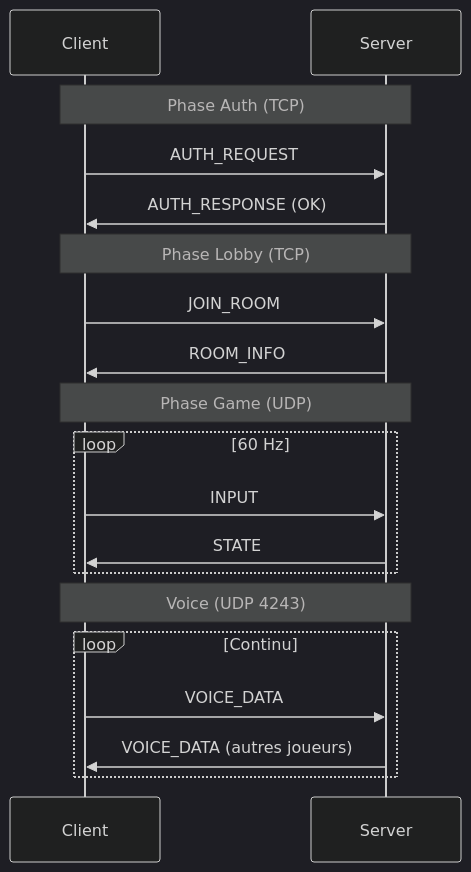
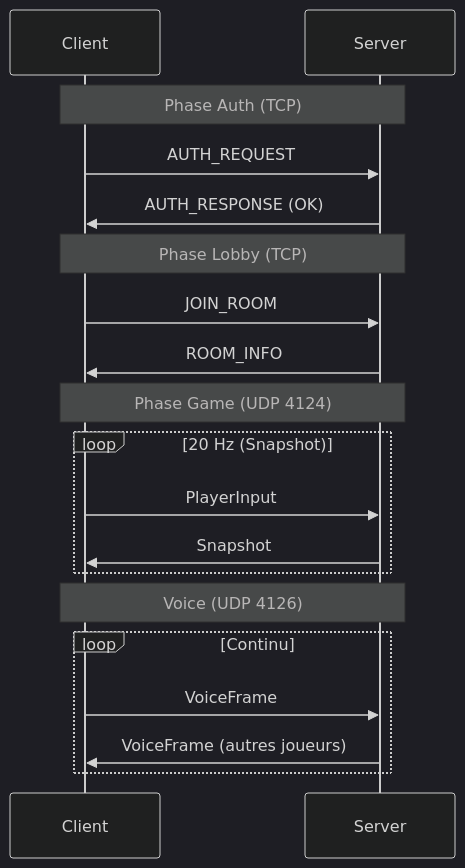
One commit to ChrisG-L/rtype changed the second of 2 diagrams in docs/technique/architecture/protocoles.md. Above: the diagram before and after it, drawn with Mermaid (dark theme). The commit also changed other lines of this file and 29 other files, not shown here.

````diff
--- a/docs/technique/architecture/protocoles.md
+++ b/docs/technique/architecture/protocoles.md
@@ -111,25 +127,25 @@
 ```mermaid
 sequenceDiagram
     participant C as Client
     participant S as Server
 
     Note over C,S: Phase Auth (TCP)
     C->>S: AUTH_REQUEST
     S->>C: AUTH_RESPONSE (OK)
 
     Note over C,S: Phase Lobby (TCP)
     C->>S: JOIN_ROOM
     S->>C: ROOM_INFO
 
-    Note over C,S: Phase Game (UDP)
-    loop 60 Hz
-        C->>S: INPUT
-        S->>C: STATE
+    Note over C,S: Phase Game (UDP 4124)
+    loop 20 Hz (Snapshot)
+        C->>S: PlayerInput
+        S->>C: Snapshot
     end
 
-    Note over C,S: Voice (UDP 4243)
+    Note over C,S: Voice (UDP 4126)
     loop Continu
-        C->>S: VOICE_DATA
-        S->>C: VOICE_DATA (autres joueurs)
+        C->>S: VoiceFrame
+        S->>C: VoiceFrame (autres joueurs)
     end
 ```
````
